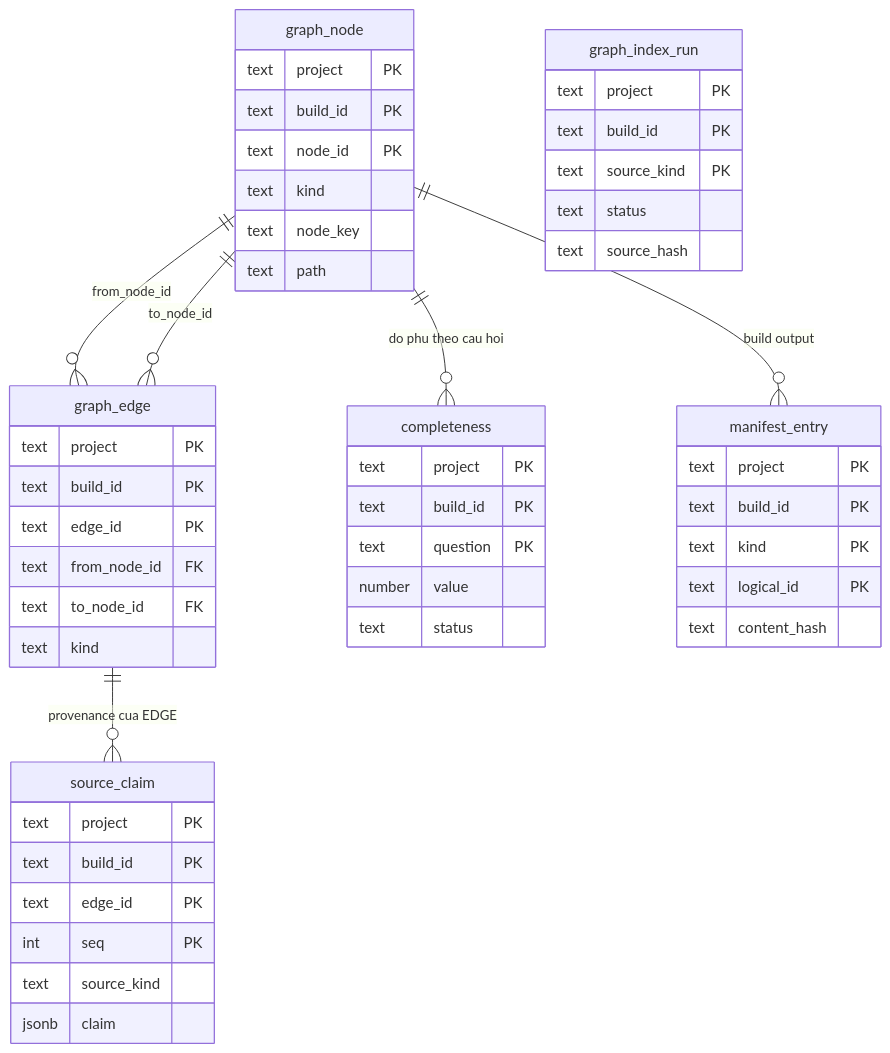
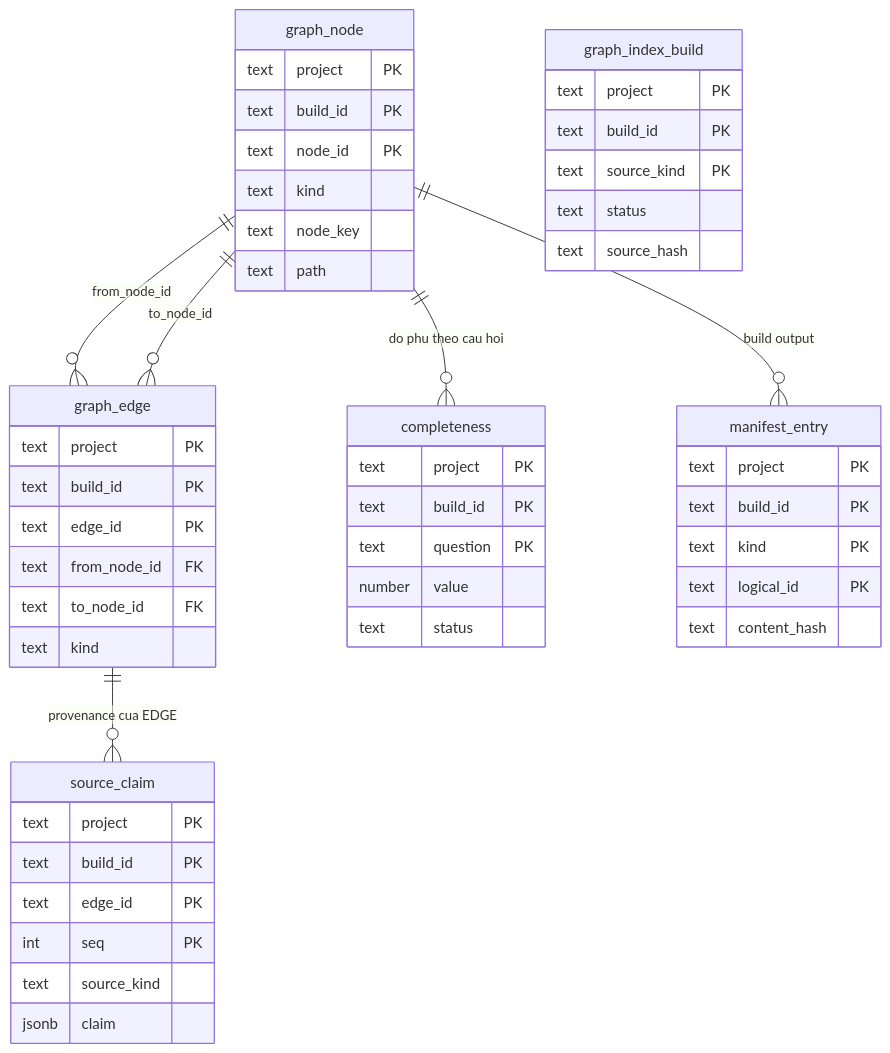
Before and after one commit to thangs2/eso-harness: the fourth of 4 diagrams in sdlc/07.technical/02.data-design/27.erd.md, drawn with Mermaid. The commit also changed other lines of this file and 20 other files, not shown here.

````diff
--- a/sdlc/07.technical/02.data-design/27.erd.md
+++ b/sdlc/07.technical/02.data-design/27.erd.md
@@ -109,15 +109,15 @@
 ```mermaid
 erDiagram
   graph_node ||--o{ graph_edge : "from_node_id"
   graph_node ||--o{ graph_edge : "to_node_id"
   graph_edge ||--o{ source_claim : "provenance cua EDGE"
   graph_node ||--o{ completeness : "do phu theo cau hoi"
   graph_node ||--o{ manifest_entry : "build output"
 
   graph_node { text project PK  text build_id PK  text node_id PK  text kind  text node_key  text path }
   graph_edge { text project PK  text build_id PK  text edge_id PK  text from_node_id FK  text to_node_id FK  text kind }
   source_claim { text project PK  text build_id PK  text edge_id PK  int seq PK  text source_kind  jsonb claim }
   completeness { text project PK  text build_id PK  text question PK  number value  text status }
   manifest_entry { text project PK  text build_id PK  text kind PK  text logical_id PK  text content_hash }
-  graph_index_run { text project PK  text build_id PK  text source_kind PK  text status  text source_hash }
+  graph_index_build { text project PK  text build_id PK  text source_kind PK  text status  text source_hash }
 ```
````
